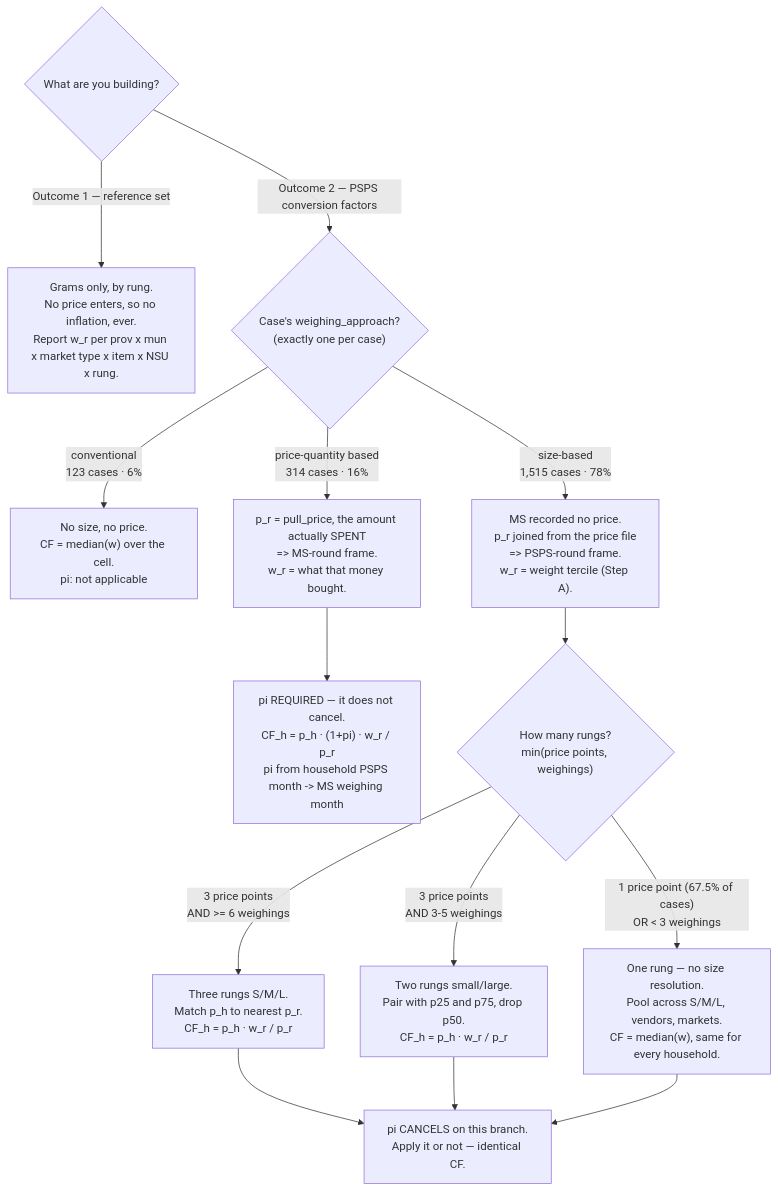
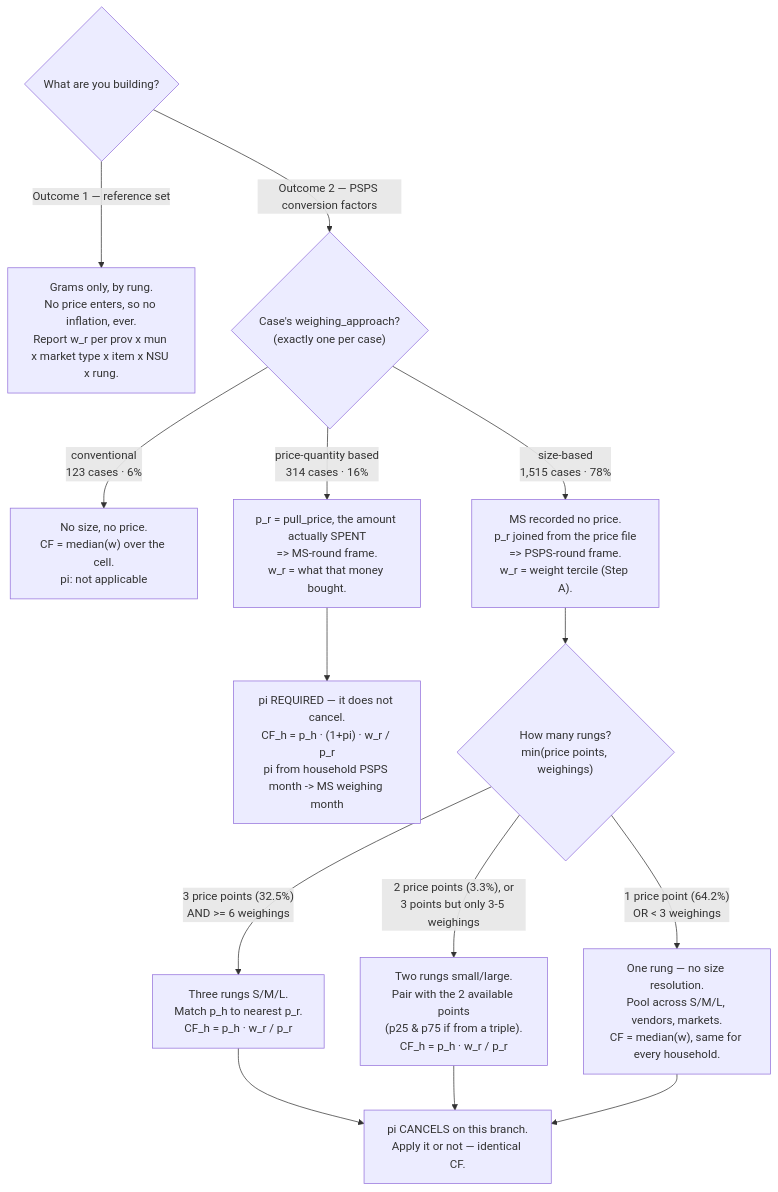
The diagram in docs/conversion_factor_methodology.md (Shineyang03/nsu-market-survey-cleaning), drawn with Mermaid before and after one commit. The commit also changed other lines of this file and 1 other file, not shown here.

````diff
--- a/docs/conversion_factor_methodology.md
+++ b/docs/conversion_factor_methodology.md
@@ -29,22 +29,22 @@
 ```mermaid
 flowchart TD
     G{"What are you building?"}
     G -->|"Outcome 1 — reference set"| O1["Grams only, by rung.<br/>No price enters, so no inflation, ever.<br/>Report w_r per prov x mun x market type x item x NSU x rung."]
     G -->|"Outcome 2 — PSPS conversion factors"| WA{"Case's weighing_approach?<br/>(exactly one per case)"}
 
     WA -->|"conventional<br/>123 cases · 6%"| C1["No size, no price.<br/>CF = median(w) over the cell.<br/>pi: not applicable"]
 
     WA -->|"price-quantity based<br/>314 cases · 16%"| P1["p_r = pull_price, the amount actually SPENT<br/>=> MS-round frame.<br/>w_r = what that money bought."]
     P1 --> P2["pi REQUIRED — it does not cancel.<br/>CF_h = p_h · (1+pi) · w_r / p_r<br/>pi from household PSPS month -> MS weighing month"]
 
     WA -->|"size-based<br/>1,515 cases · 78%"| S1["MS recorded no price.<br/>p_r joined from the price file<br/>=> PSPS-round frame.<br/>w_r = weight tercile (Step A)."]
     S1 --> S2{"How many rungs?<br/>min(price points, weighings)"}
 
-    S2 -->|"3 price points<br/>AND >= 6 weighings"| R3["Three rungs S/M/L.<br/>Match p_h to nearest p_r.<br/>CF_h = p_h · w_r / p_r"]
-    S2 -->|"3 price points<br/>AND 3-5 weighings"| R2["Two rungs small/large.<br/>Pair with p25 and p75, drop p50.<br/>CF_h = p_h · w_r / p_r"]
-    S2 -->|"1 price point (67.5% of cases)<br/>OR < 3 weighings"| R1["One rung — no size resolution.<br/>Pool across S/M/L, vendors, markets.<br/>CF = median(w), same for every household."]
+    S2 -->|"3 price points (32.5%)<br/>AND >= 6 weighings"| R3["Three rungs S/M/L.<br/>Match p_h to nearest p_r.<br/>CF_h = p_h · w_r / p_r"]
+    S2 -->|"2 price points (3.3%), or<br/>3 points but only 3-5 weighings"| R2["Two rungs small/large.<br/>Pair with the 2 available points<br/>(p25 & p75 if from a triple).<br/>CF_h = p_h · w_r / p_r"]
+    S2 -->|"1 price point (64.2%)<br/>OR < 3 weighings"| R1["One rung — no size resolution.<br/>Pool across S/M/L, vendors, markets.<br/>CF = median(w), same for every household."]
 
     R3 --> PI["pi CANCELS on this branch.<br/>Apply it or not — identical CF."]
     R2 --> PI
     R1 --> PI
 ```
````
